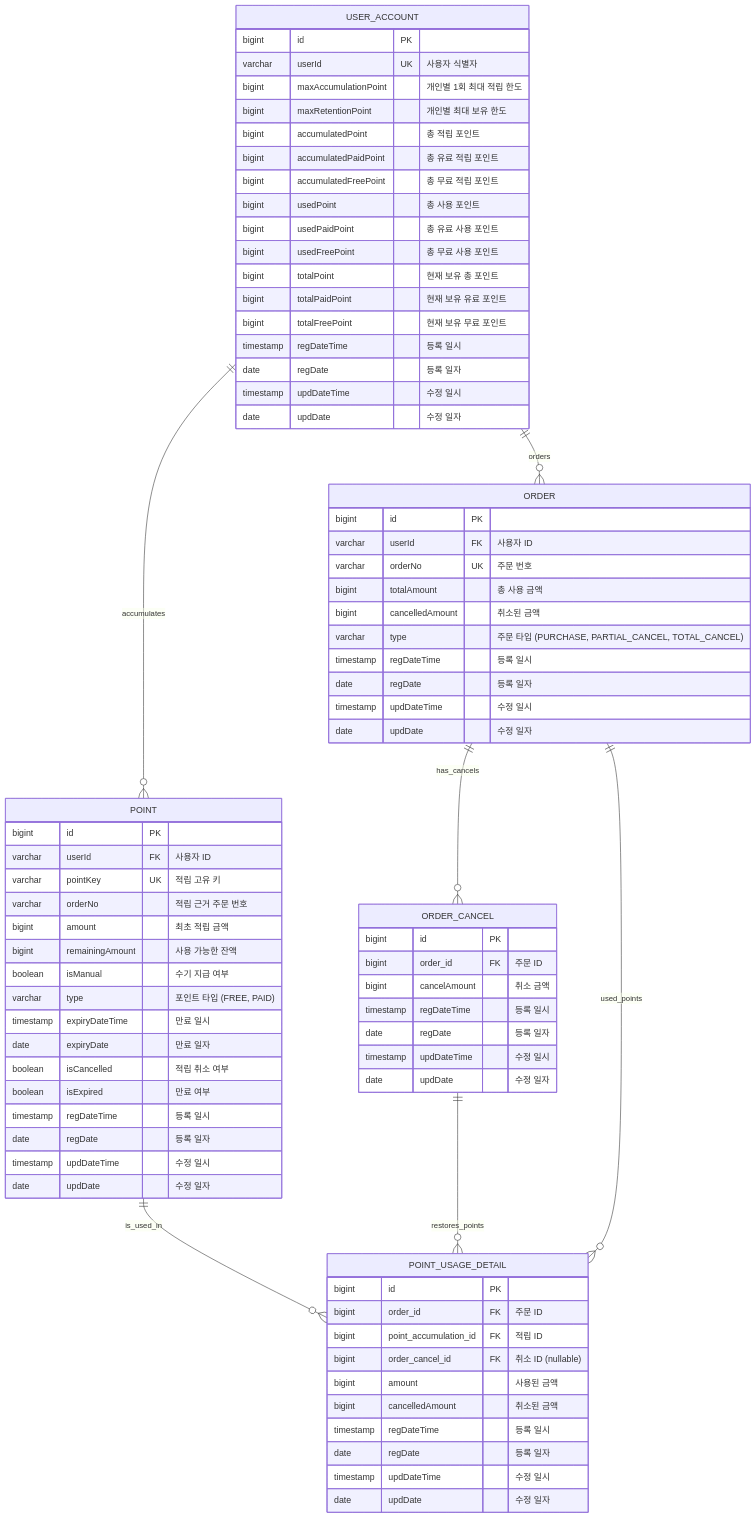
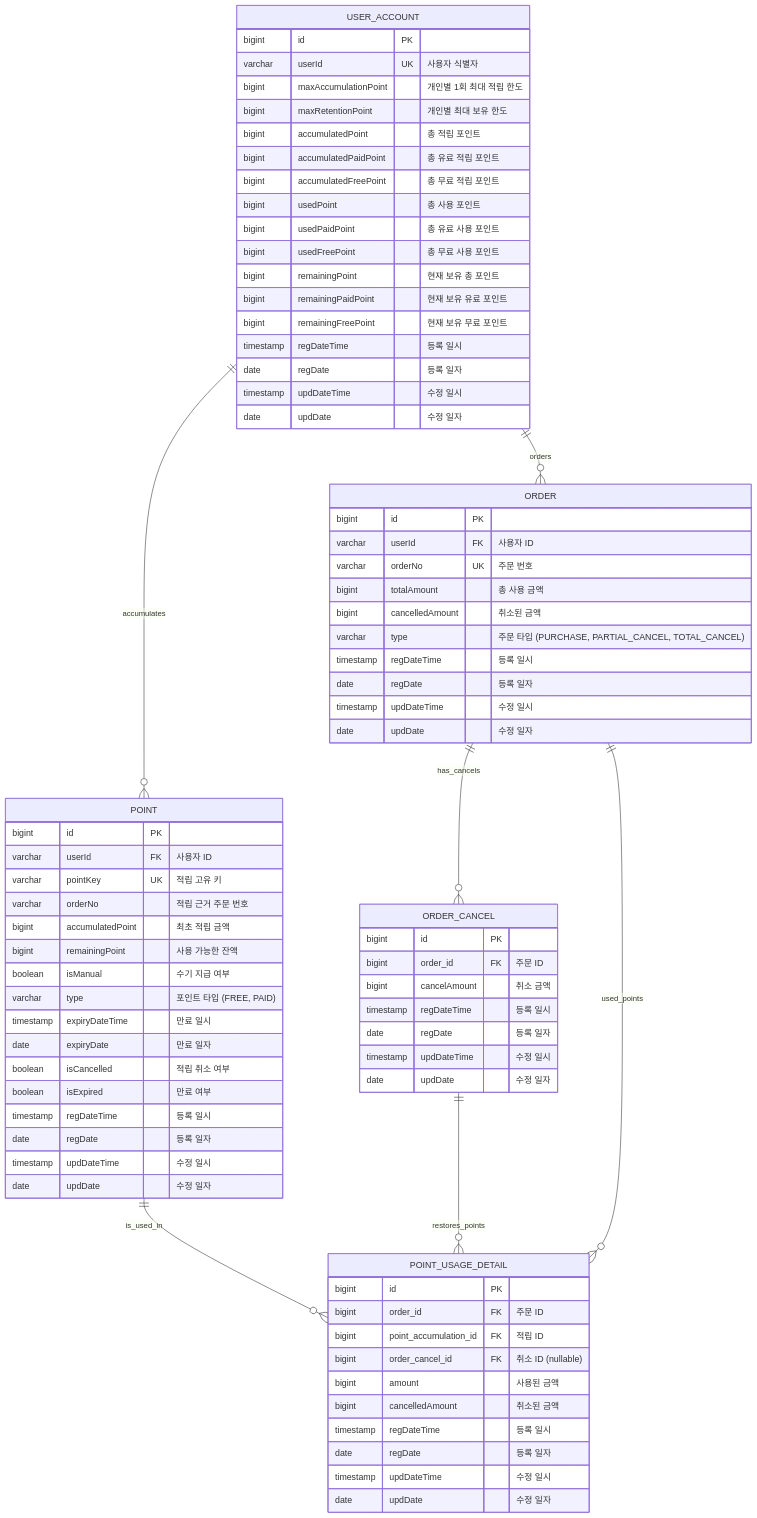
The diagram in docs/데이터베이스 설계.md (muzzaiwork/point), drawn with Mermaid before and after one commit. The commit also changed other lines of this file and 14 other files, not shown here.

Commit message:
Rename total to remaining in UserAccount and update Point entity field names

```diff
--- a/docs/데이터베이스 설계.md
+++ b/docs/데이터베이스 설계.md
@@ -22,9 +22,9 @@
         bigint usedPoint "총 사용 포인트"
         bigint usedPaidPoint "총 유료 사용 포인트"
         bigint usedFreePoint "총 무료 사용 포인트"
-        bigint totalPoint "현재 보유 총 포인트"
-        bigint totalPaidPoint "현재 보유 유료 포인트"
-        bigint totalFreePoint "현재 보유 무료 포인트"
+        bigint remainingPoint "현재 보유 총 포인트"
+        bigint remainingPaidPoint "현재 보유 유료 포인트"
+        bigint remainingFreePoint "현재 보유 무료 포인트"
         timestamp regDateTime "등록 일시"
         date regDate "등록 일자"
         timestamp updDateTime "수정 일시"
@@ -36,8 +36,8 @@
         varchar userId FK "사용자 ID"
         varchar pointKey UK "적립 고유 키"
         varchar orderNo "적립 근거 주문 번호"
-        bigint amount "최초 적립 금액"
-        bigint remainingAmount "사용 가능한 잔액"
+        bigint accumulatedPoint "최초 적립 금액"
+        bigint remainingPoint "사용 가능한 잔액"
         boolean isManual "수기 지급 여부"
         varchar type "포인트 타입 (FREE, PAID)"
         timestamp expiryDateTime "만료 일시"
```
